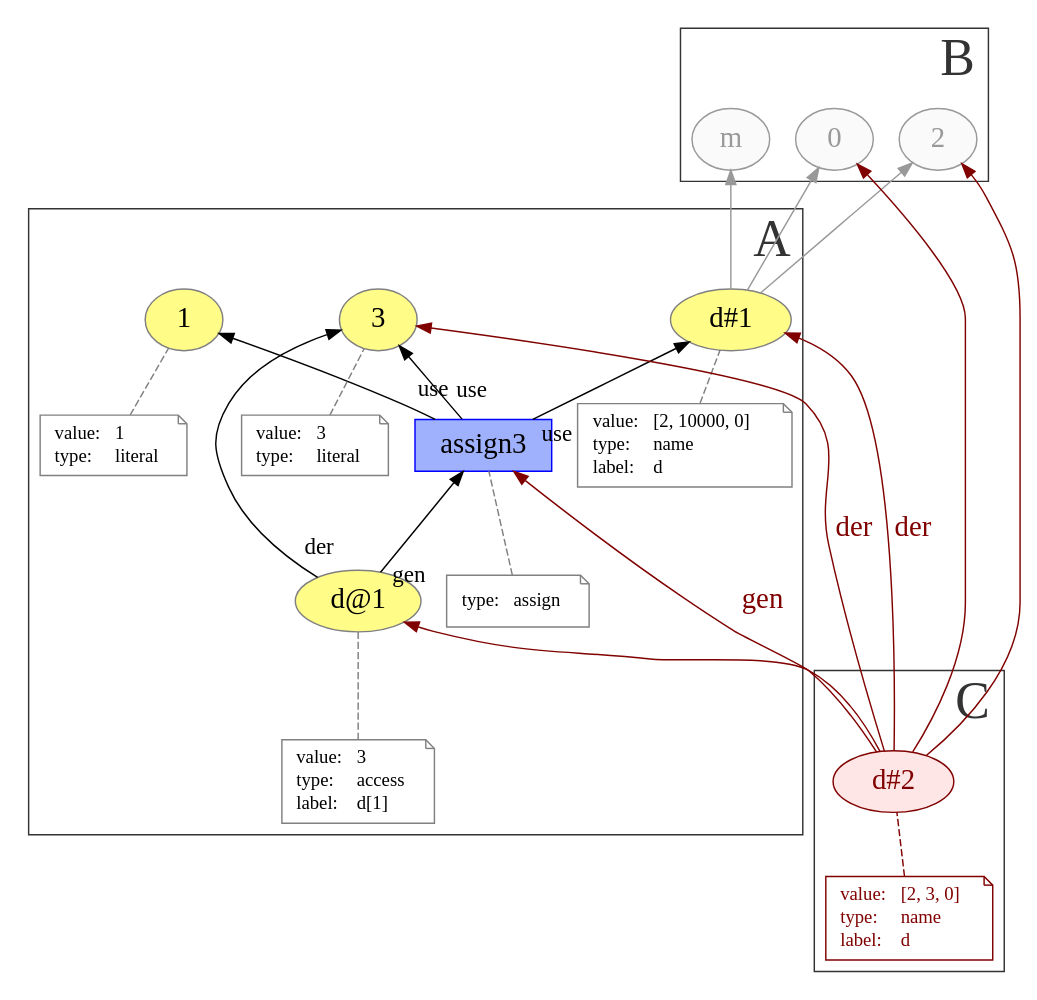
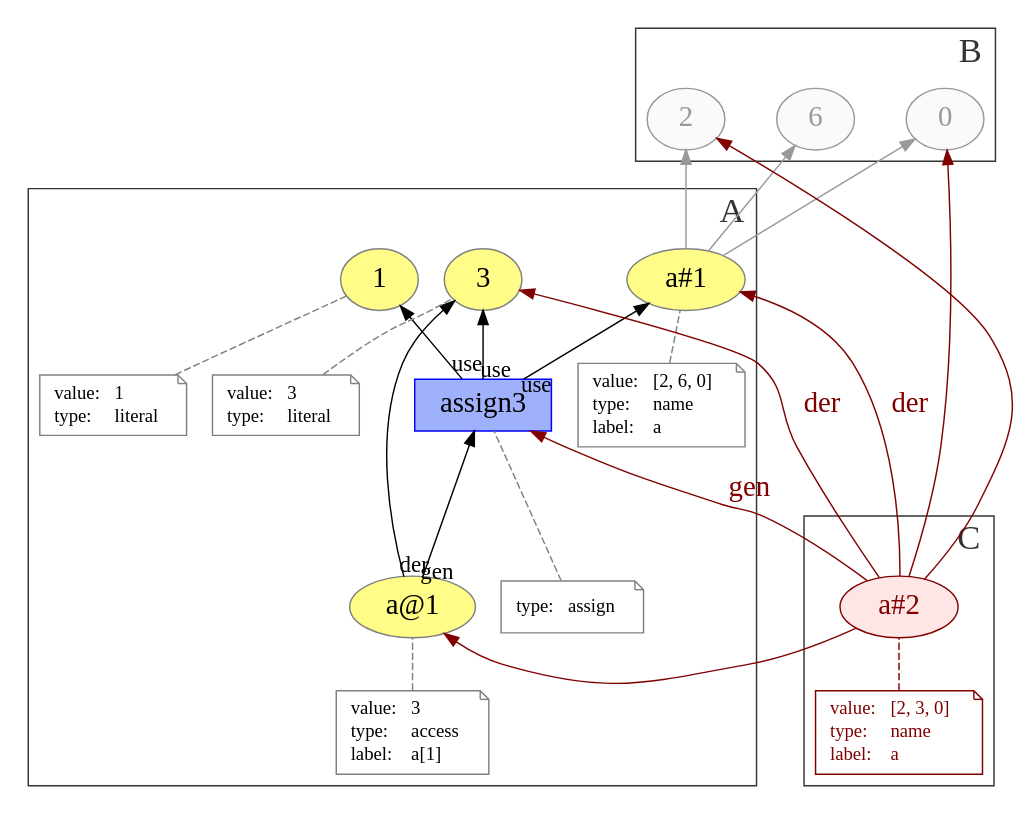
The diagram in generated/presentation/p2simple.dot (dew-uff/versioned-prov), drawn with Graphviz before and after one commit. The commit also changed 52 other files, not shown here.

```diff
--- a/generated/presentation/p2simple.dot
+++ b/generated/presentation/p2simple.dot
@@ -1,135 +1,141 @@
 digraph "PROV" { size="16,12"; rankdir="BT";
 newrank=true;
 splines = "spline"
 
 subgraph cluster_0 {
     labeljust="r"
     labelloc="b"
     color = "#333333"
     fontcolor = "#333333"
-    fontsize = "36"
+    fontsize = "24"
     label = "A";
-    "g/d@1"; "g/1"; "g/3"
-    "g/d#1"; "g/assign3"
-    "g/d@1-attrs"; "g/1-attrs"; "g/3-attrs"
-    "g/d#1-attrs"; "g/assign3-attrs"
+    "g/a@1"; "g/1"; "g/3"
+    "g/a#1"; "g/assign3"
+    "g/a@1-attrs"; "g/1-attrs"; "g/3-attrs"
+    "g/a#1-attrs"; "g/assign3-attrs"
     
 }
 subgraph cluster_1 {
     labeljust="r"
     labelloc="b"
     color = "#333333"
     fontcolor = "#333333"
-    fontsize = "36"
+    fontsize = "24"
     label = "B";
-    "g/0"; "g/m"; "g/2";
+    "g/0"; "g/6"; "g/2";
 }
 
 subgraph cluster_2 {
     labeljust="r"
     labelloc="b"
     color = "#333333"
     fontcolor = "#333333"
-    fontsize = "36"
+    fontsize = "24"
     label = "C";
-    "g/d#2"; "g/d#2-attrs" 
+    "g/a#2"; "g/a#2-attrs" 
 }
 
-"g/m" [fillcolor="#FAFAFA",color="#999999",style="filled",fontcolor="#999999",label="m",URL="g/m",fontsize="20"]
 "g/2" [fillcolor="#FAFAFA",color="#999999",style="filled",fontcolor="#999999",label="2",URL="g/2",fontsize="20"]
+"g/6" [fillcolor="#FAFAFA",color="#999999",style="filled",fontcolor="#999999",label="6",URL="g/6",fontsize="20"]
 "g/0" [fillcolor="#FAFAFA",color="#999999",style="filled",fontcolor="#999999",label="0",URL="g/0",fontsize="20"]
 "g/3" [fillcolor="#FFFC87",color="#808080",style="filled",label="3",URL="g/3",fontsize="20"]
 "g/3-attrs" [color="gray",shape="note",fontsize="13",fontcolor="black",label=<<TABLE cellpadding="0" border="0">
 	<TR>
 	    <TD align="left">value:</TD>
 	    <TD align="left">3</TD>
 	</TR>
 	<TR>
 	    <TD align="left">type:</TD>
 	    <TD align="left">literal</TD>
 	</TR>
 </TABLE>>]
 "g/3-attrs" -> "g/3" [color="gray",style="dashed",arrowhead="none"]
 "g/1" [fillcolor="#FFFC87",color="#808080",style="filled",label="1",URL="g/1",fontsize="20"]
 "g/1-attrs" [color="gray",shape="note",fontsize="13",fontcolor="black",label=<<TABLE cellpadding="0" border="0">
 	<TR>
 	    <TD align="left">value:</TD>
 	    <TD align="left">1</TD>
 	</TR>
 	<TR>
 	    <TD align="left">type:</TD>
 	    <TD align="left">literal</TD>
 	</TR>
 </TABLE>>]
 "g/1-attrs" -> "g/1" [color="gray",style="dashed",arrowhead="none"]
-"g/d#2" [fillcolor="#ffe6e6",color="#800000",style="filled",fontcolor="#800000",label="d#2",URL="g/d#2",fontsize="20"]
-"g/d#2-attrs" [color="#800000",shape="note",fontsize="13",fontcolor="#800000",label=<<TABLE cellpadding="0" border="0">
+"g/a#2" [fillcolor="#ffe6e6",color="#800000",style="filled",fontcolor="#800000",label="a#2",URL="g/a#2",fontsize="20"]
+"g/a#2-attrs" [color="#800000",shape="note",fontsize="13",fontcolor="#800000",label=<<TABLE cellpadding="0" border="0">
 	<TR>
 	    <TD align="left">value:</TD>
 	    <TD align="left">[2, 3, 0]</TD>
 	</TR>
 	<TR>
 	    <TD align="left">type:</TD>
 	    <TD align="left">name</TD>
 	</TR>
 	<TR>
 	    <TD align="left">label:</TD>
-	    <TD align="left">d</TD>
+	    <TD align="left">a</TD>
 	</TR>
 </TABLE>>]
-"g/d#2-attrs" -> "g/d#2" [color="#800000",style="dashed",arrowhead="none",fontcolor="#800000"]
-"g/d#1" [fillcolor="#FFFC87",color="#808080",style="filled",label="d#1",URL="g/d#1",fontsize="20"]
-"g/d#1-attrs" [color="gray",shape="note",fontsize="13",fontcolor="black",label=<<TABLE cellpadding="0" border="0">
+"g/a#2-attrs" -> "g/a#2" [color="#800000",style="dashed",arrowhead="none",fontcolor="#800000"]
+"g/a#1" [fillcolor="#FFFC87",color="#808080",style="filled",label="a#1",URL="g/a#1",fontsize="20"]
+"g/a#1-attrs" [color="gray",shape="note",fontsize="13",fontcolor="black",label=<<TABLE cellpadding="0" border="0">
 	<TR>
 	    <TD align="left">value:</TD>
-	    <TD align="left">[2, 10000, 0]</TD>
+	    <TD align="left">[2, 6, 0]</TD>
 	</TR>
 	<TR>
 	    <TD align="left">type:</TD>
 	    <TD align="left">name</TD>
 	</TR>
 	<TR>
 	    <TD align="left">label:</TD>
-	    <TD align="left">d</TD>
+	    <TD align="left">a</TD>
 	</TR>
 </TABLE>>]
-"g/d#1-attrs" -> "g/d#1" [color="gray",style="dashed",arrowhead="none"]
-"g/d@1" [fillcolor="#FFFC87",color="#808080",style="filled",label="d@1",URL="g/d@1",fontsize="20"]
-"g/d@1-attrs" [color="gray",shape="note",fontsize="13",fontcolor="black",label=<<TABLE cellpadding="0" border="0">
+"g/a#1-attrs" -> "g/a#1" [color="gray",style="dashed",arrowhead="none"]
+"g/a@1" [fillcolor="#FFFC87",color="#808080",style="filled",label="a@1",URL="g/a@1",fontsize="20"]
+"g/a@1-attrs" [color="gray",shape="note",fontsize="13",fontcolor="black",label=<<TABLE cellpadding="0" border="0">
 	<TR>
 	    <TD align="left">value:</TD>
 	    <TD align="left">3</TD>
 	</TR>
 	<TR>
 	    <TD align="left">type:</TD>
 	    <TD align="left">access</TD>
 	</TR>
 	<TR>
 	    <TD align="left">label:</TD>
-	    <TD align="left">d[1]</TD>
+	    <TD align="left">a[1]</TD>
 	</TR>
 </TABLE>>]
-"g/d@1-attrs" -> "g/d@1" [color="gray",style="dashed",arrowhead="none"]
-"g/d#1" -> "g/2" [fontcolor="#999999",color="#999999"]
-"g/d#1" -> "g/m" [fontcolor="#999999",color="#999999"]
-"g/d#1" -> "g/0" [fontcolor="#999999",color="#999999"]
-"g/d#2" -> "g/2" [color="#800000",fontcolor="#800000"]
-"g/d#2" -> "g/d@1" [color="#800000",fontcolor="#800000"]
-"g/d#2" -> "g/0" [color="#800000",fontcolor="#800000"]
+"g/a@1-attrs" -> "g/a@1" [color="gray",style="dashed",arrowhead="none"]
+"g/a#1" -> "g/2" [fontcolor="#999999",color="#999999"]
+"g/a#1" -> "g/6" [fontcolor="#999999",color="#999999"]
+"g/a#1" -> "g/0" [fontcolor="#999999",color="#999999"]
+"g/a#2" -> "g/2" [color="#800000",fontcolor="#800000"]
+"g/a#2" -> "g/a@1" [color="#800000",fontcolor="#800000"]
+"g/a#2" -> "g/0" [color="#800000",fontcolor="#800000"]
 "g/assign3" [fillcolor="#9FB1FC",color="#0000FF",shape="polygon",sides="4",style="filled",label="assign3",URL="g/assign3",fontsize="20"]
 "g/assign3-attrs" [color="gray",shape="note",fontsize="13",fontcolor="black",label=<<TABLE cellpadding="0" border="0">
 	<TR>
 	    <TD align="left">type:</TD>
 	    <TD align="left">assign</TD>
 	</TR>
 </TABLE>>]
 "g/assign3-attrs" -> "g/assign3" [color="gray",style="dashed",arrowhead="none"]
-"g/d#2" -> "g/d#1" [fontsize="20",labeldistance="2",color="#800000",labelangle="60.0",rotation="20",label="der",fontcolor="#800000"]
-"g/assign3" -> "g/d#1" [labelfontsize="16",labeldistance="2",labelangle="60.0",rotation="20",taillabel="use"]
-"g/d#2" -> "g/3" [fontsize="20",labeldistance="2",color="#800000",labelangle="60.0",rotation="20",label="der",fontcolor="#800000"]
-"g/d@1" -> "g/3" [labelfontsize="16",labeldistance="2",labelangle="60.0",rotation="20",taillabel="der"]
-"g/assign3" -> "g/1" [labelfontsize="16",labeldistance="2",labelangle="60.0",rotation="20",taillabel="use"]
-"g/assign3" -> "g/3" [labelfontsize="16",labeldistance="2",labelangle="60.0",rotation="20",taillabel="use"]
-"g/d#2" -> "g/assign3" [fontsize="20",labeldistance="2",color="#800000",labelangle="60.0",rotation="20",label="gen",fontcolor="#800000"]
-"g/d@1" -> "g/assign3" [labelfontsize="16",labeldistance="2",labelangle="60.0",rotation="20",taillabel="gen"]
+"g/a#2" -> "g/a#1" [fontsize="20",labeldistance="1",color="#800000",labelangle="60.0",rotation="20",label="der",fontcolor="#800000"]
+"g/assign3" -> "g/a#1" [labelfontsize="16",labeldistance="1",labelangle="60.0",rotation="20",taillabel="use"]
+"g/a#2" -> "g/3" [fontsize="20",labeldistance="1",color="#800000",labelangle="60.0",rotation="20",label="der",fontcolor="#800000"]
+"g/a@1" -> "g/3" [labelfontsize="16",labeldistance="1",labelangle="60.0",rotation="20",taillabel="der"]
+"g/assign3" -> "g/1" [labelfontsize="16",labeldistance="1",labelangle="60.0",rotation="20",taillabel="use"]
+
+{rank=same "g/2" "g/6" "g/0"}
+{rank=same "g/a@1" "g/a#2"}
+"g/0" -> "g/6" -> "g/2" [style=invis]
+"g/1" -> "g/2" [style=invis]
+"g/a#2" -> "g/6" [style=invis]
+"g/assign3" -> "g/3" [labelfontsize="16",labeldistance="1",labelangle="60.0",rotation="20",taillabel="use"]
+"g/a@1" -> "g/assign3" [labelfontsize="16",labeldistance="1",labelangle="60.0",rotation="20",taillabel="gen"]
+"g/a#2" -> "g/assign3" [fontsize="20",labeldistance="1",color="#800000",labelangle="60.0",rotation="20",label="gen",fontcolor="#800000"]
 }
```
